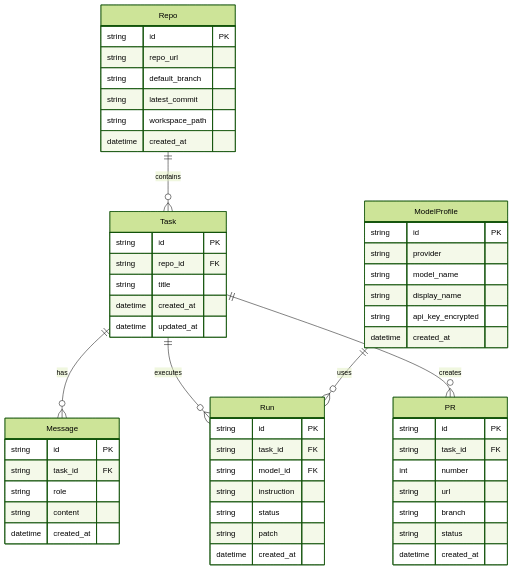
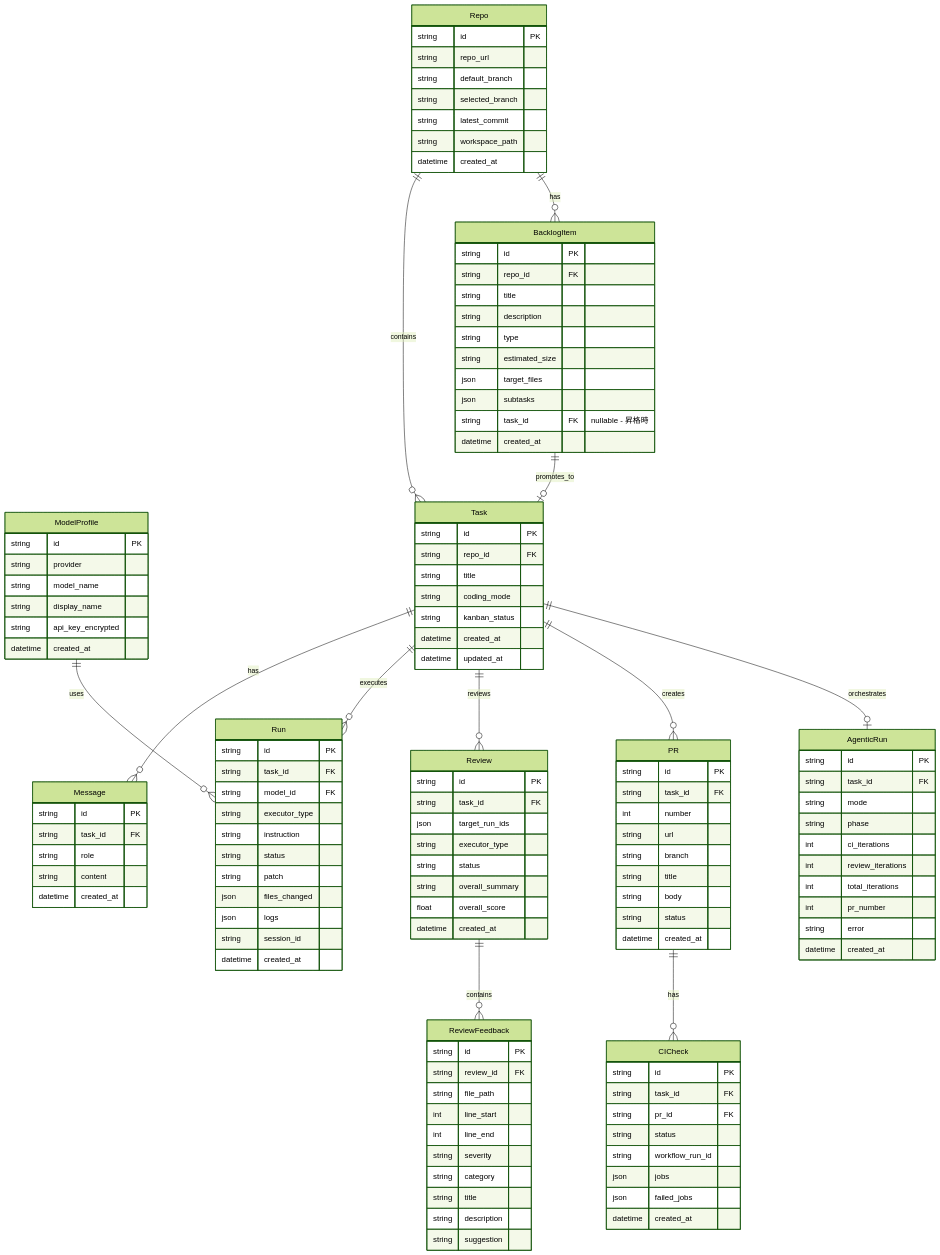
Before and after one commit to hampen2929/zloth: diagram 15 of 15 in docs/architecture.md, drawn with Mermaid (forest theme). The commit also changed other lines of this file, not shown here.

Commit message:
docs: Comprehensive architecture documentation update (#275)

````diff
--- a/docs/architecture.md
+++ b/docs/architecture.md
@@ -337,6 +633,7 @@
         string id PK
         string repo_url
         string default_branch
+        string selected_branch
         string latest_commit
         string workspace_path
         datetime created_at
@@ -346,6 +643,8 @@
         string id PK
         string repo_id FK
         string title
+        string coding_mode
+        string kanban_status
         datetime created_at
         datetime updated_at
     }
@@ -362,10 +661,38 @@
         string id PK
         string task_id FK
         string model_id FK
+        string executor_type
         string instruction
         string status
         string patch
+        json files_changed
+        json logs
+        string session_id
         datetime created_at
+    }
+
+    Review {
+        string id PK
+        string task_id FK
+        json target_run_ids
+        string executor_type
+        string status
+        string overall_summary
+        float overall_score
+        datetime created_at
+    }
+
+    ReviewFeedback {
+        string id PK
+        string review_id FK
+        string file_path
+        int line_start
+        int line_end
+        string severity
+        string category
+        string title
+        string description
+        string suggestion
     }
 
     PR {
@@ -374,13 +701,58 @@
         int number
         string url
         string branch
+        string title
+        string body
         string status
         datetime created_at
     }
 
+    BacklogItem {
+        string id PK
+        string repo_id FK
+        string title
+        string description
+        string type
+        string estimated_size
+        json target_files
+        json subtasks
+        string task_id FK "nullable - 昇格時"
+        datetime created_at
+    }
+
+    AgenticRun {
+        string id PK
+        string task_id FK
+        string mode
+        string phase
+        int ci_iterations
+        int review_iterations
+        int total_iterations
+        int pr_number
+        string error
+        datetime created_at
+    }
+
+    CICheck {
+        string id PK
+        string task_id FK
+        string pr_id FK
+        string status
+        string workflow_run_id
+        json jobs
+        json failed_jobs
+        datetime created_at
+    }
+
     Repo ||--o{ Task : contains
+    Repo ||--o{ BacklogItem : has
     Task ||--o{ Message : has
     Task ||--o{ Run : executes
+    Task ||--o{ Review : reviews
     Task ||--o{ PR : creates
+    Task ||--o| AgenticRun : orchestrates
     ModelProfile ||--o{ Run : uses
+    Review ||--o{ ReviewFeedback : contains
+    BacklogItem ||--o| Task : promotes_to
+    PR ||--o{ CICheck : has
 ```
````
